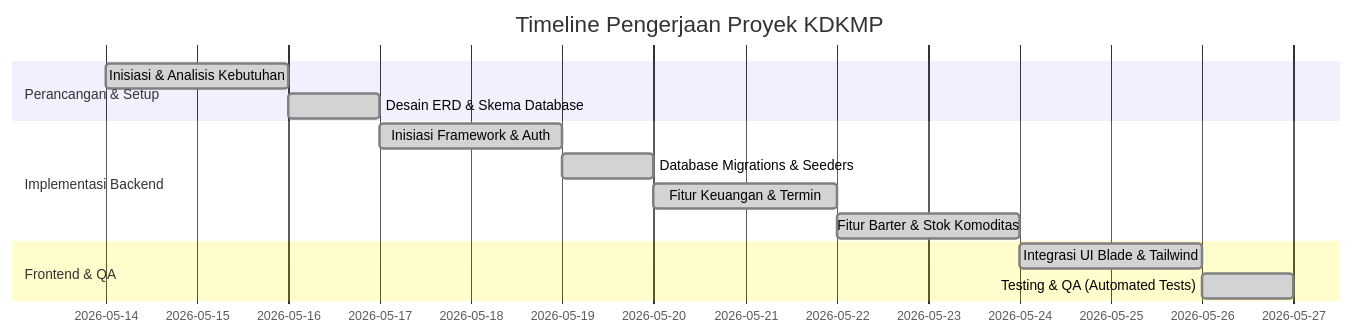
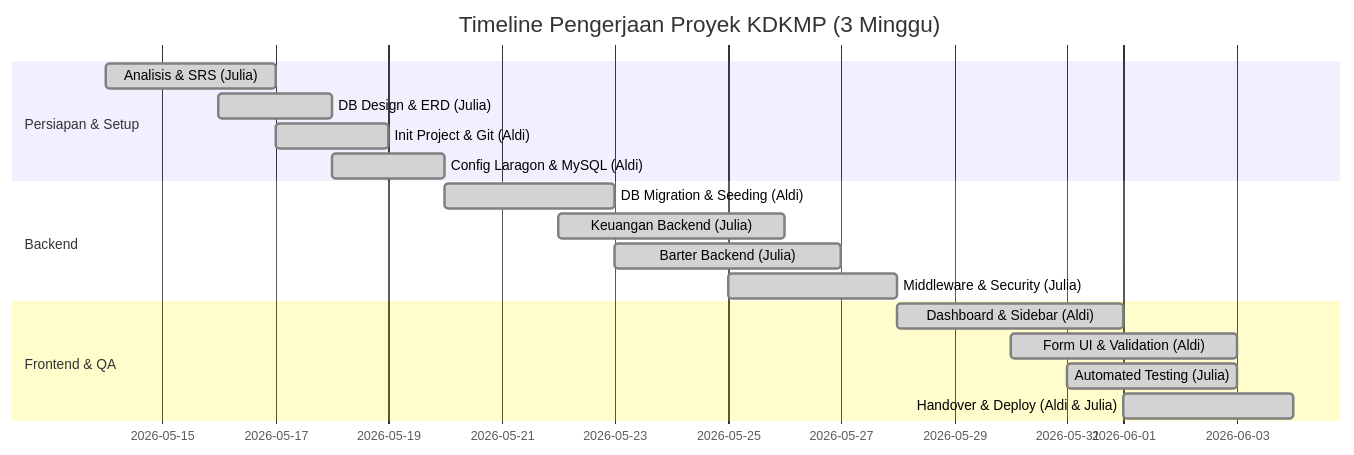
The diagram in project_management/LAPORAN_PROGRES.md (aldiburung/uas_kelompok8), drawn with Mermaid before and after one commit. The commit also changed other lines of this file and 4 other files, not shown here.

Commit message:
feat: adjust project timeline to 3 weeks and add Gantt Chart Excel sheet

````diff
--- a/project_management/LAPORAN_PROGRES.md
+++ b/project_management/LAPORAN_PROGRES.md
@@ -15,16 +15,20 @@
 ```mermaid
 gantt
-    title Timeline Pengerjaan Proyek KDKMP
+    title Timeline Pengerjaan Proyek KDKMP (3 Minggu)
     dateFormat  YYYY-MM-DD
-    section Perancangan & Setup
-    Inisiasi & Analisis Kebutuhan  :done,    m1, 2026-05-14, 2d
-    Desain ERD & Skema Database   :done,    m2, 2026-05-16, 1d
-    section Implementasi Backend
-    Inisiasi Framework & Auth     :done,    m3, 2026-05-17, 2d
-    Database Migrations & Seeders :done,    m4, 2026-05-19, 1d
-    Fitur Keuangan & Termin       :done,    m5, 2026-05-20, 2d
-    Fitur Barter & Stok Komoditas :done,    m6, 2026-05-22, 2d
+    section Persiapan & Setup
+    Analisis & SRS (Julia)         :done, t1, 2026-05-14, 3d
+    DB Design & ERD (Julia)        :done, t2, 2026-05-16, 2d
+    Init Project & Git (Aldi)      :done, t3, 2026-05-17, 2d
+    Config Laragon & MySQL (Aldi)  :done, t4, 2026-05-18, 2d
+    section Backend
+    DB Migration & Seeding (Aldi)  :done, t5, 2026-05-20, 3d
+    Keuangan Backend (Julia)       :done, t6, 2026-05-22, 4d
+    Barter Backend (Julia)         :done, t7, 2026-05-23, 4d
+    Middleware & Security (Julia)  :done, t8, 2026-05-25, 3d
     section Frontend & QA
-    Integrasi UI Blade & Tailwind :done,    m7, 2026-05-24, 2d
-    Testing & QA (Automated Tests):done,    m8, 2026-05-26, 1d
+    Dashboard & Sidebar (Aldi)     :done, t9, 2026-05-28, 4d
+    Form UI & Validation (Aldi)    :done, t10, 2026-05-30, 4d
+    Automated Testing (Julia)      :done, t11, 2026-05-31, 3d
+    Handover & Deploy (Aldi & Julia) :done, t12, 2026-06-01, 3d
 ```
````
